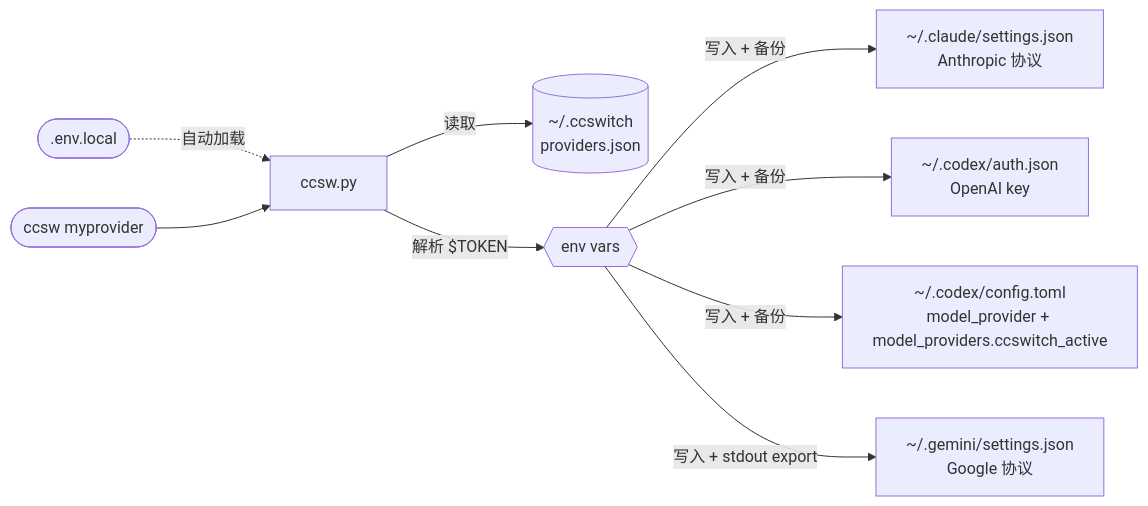
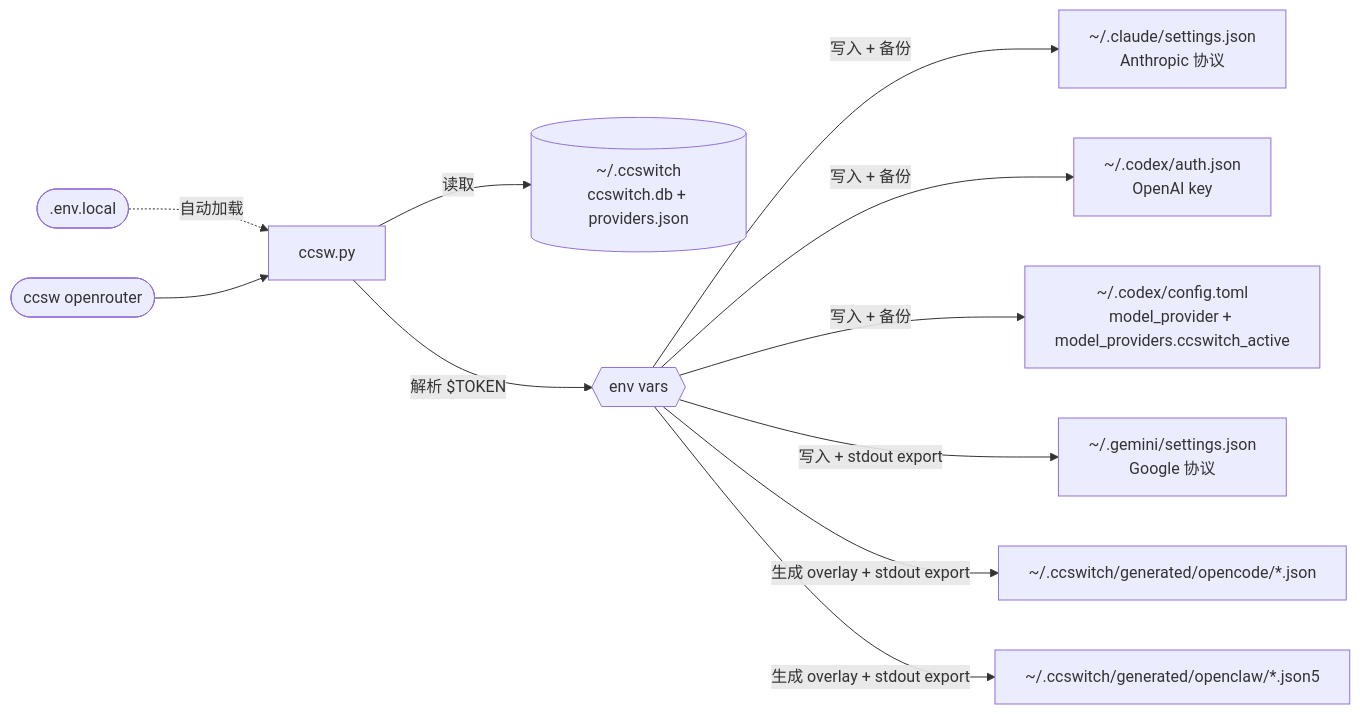
One commit to Boulea7/ccswitch-terminal changed the diagram in README.md. Above: the diagram before and after it, drawn with Mermaid. The commit also changed other lines of this file and 28 other files, not shown here.

````diff
--- a/README.md
+++ b/README.md
@@ -314,11 +509,13 @@
 ```mermaid
 flowchart LR
     L([".env.local"]) -. "自动加载" .-> P
-    U(["ccsw myprovider"]) --> P["ccsw.py"]
-    P -- "读取" --> DB[("~/.ccswitch\nproviders.json")]
+    U(["ccsw openrouter"]) --> P["ccsw.py"]
+    P -- "读取" --> DB[("~/.ccswitch\nccswitch.db + providers.json")]
     P -- "解析 $TOKEN" --> E{{"env vars"}}
     E -- "写入 + 备份" --> C["~/.claude/settings.json\nAnthropic 协议"]
     E -- "写入 + 备份" --> X["~/.codex/auth.json\nOpenAI key"]
     E -- "写入 + 备份" --> T["~/.codex/config.toml\nmodel_provider + model_providers.ccswitch_active"]
     E -- "写入 + stdout export" --> G["~/.gemini/settings.json\nGoogle 协议"]
+    E -- "生成 overlay + stdout export" --> O["~/.ccswitch/generated/opencode/*.json"]
+    E -- "生成 overlay + stdout export" --> K["~/.ccswitch/generated/openclaw/*.json5"]
 ```
````
